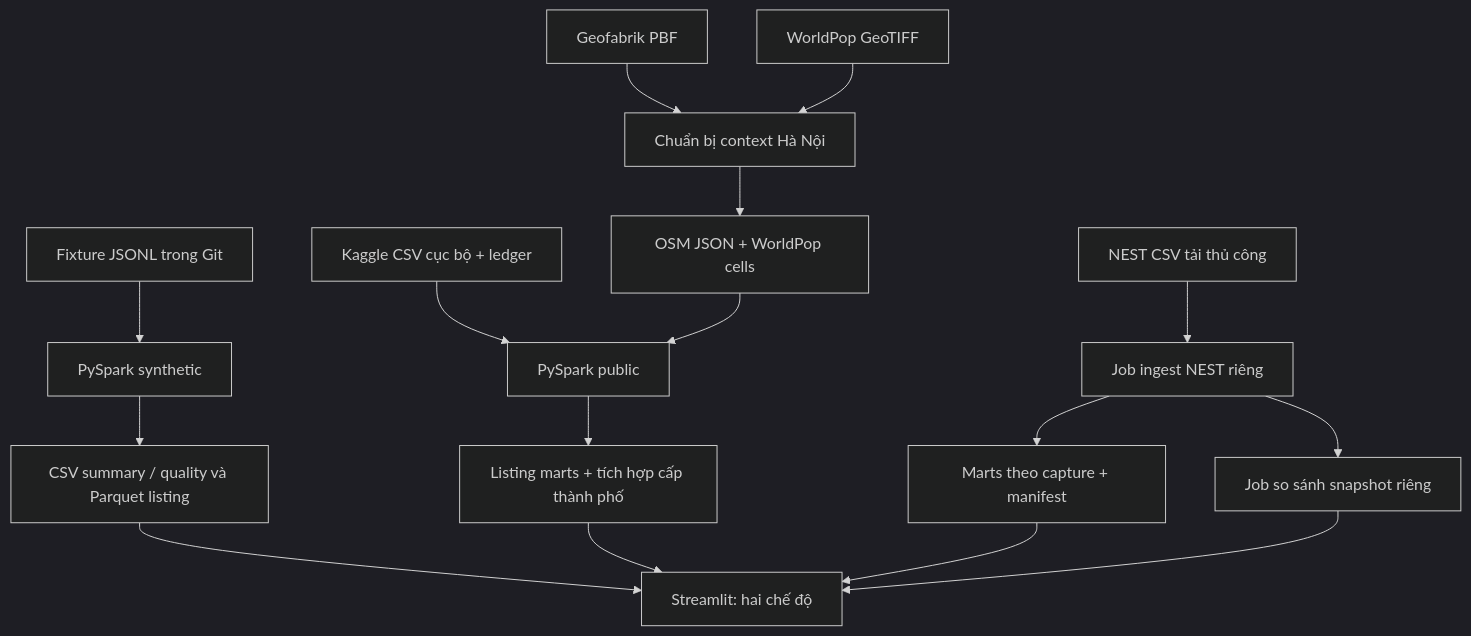
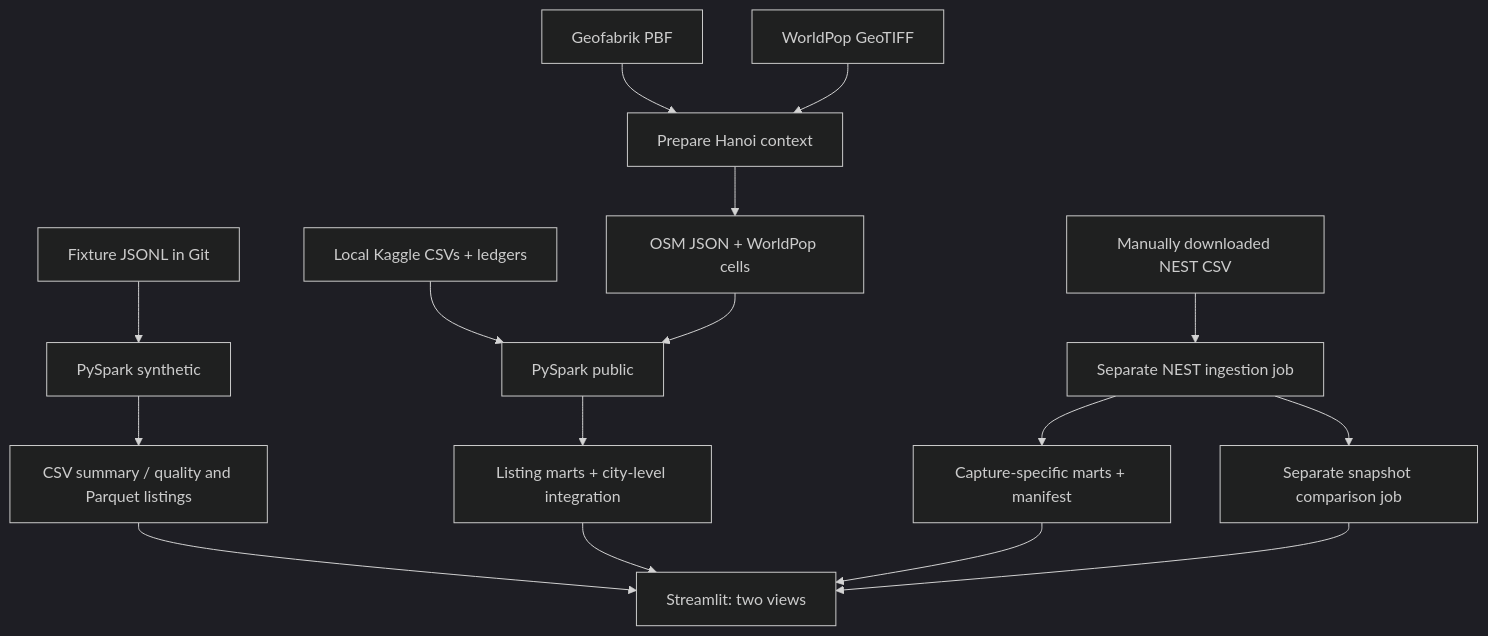
The diagram in README.md (anhnd210020/apartment-rental-hanoi), drawn with Mermaid (dark theme) before and after one commit. The commit also changed other lines of this file, not shown here.

````diff
--- a/README.md
+++ b/README.md
@@ -30,18 +30,18 @@
 ```mermaid
 flowchart TD
-    F[Fixture JSONL trong Git] --> S[PySpark synthetic]
-    S --> SM[CSV summary / quality và Parquet listing]
-    K[Kaggle CSV cục bộ + ledger] --> P[PySpark public]
-    O[Geofabrik PBF] --> G[Chuẩn bị context Hà Nội]
+    F[Fixture JSONL in Git] --> S[PySpark synthetic]
+    S --> SM[CSV summary / quality and Parquet listings]
+    K[Local Kaggle CSVs + ledgers] --> P[PySpark public]
+    O[Geofabrik PBF] --> G[Prepare Hanoi context]
     W[WorldPop GeoTIFF] --> G
     G --> J[OSM JSON + WorldPop cells]
     J --> P
-    P --> PM[Listing marts + tích hợp cấp thành phố]
-    N[NEST CSV tải thủ công] --> NI[Job ingest NEST riêng]
-    NI --> NM[Marts theo capture + manifest]
-    NI --> NC[Job so sánh snapshot riêng]
-    SM --> D[Streamlit: hai chế độ]
+    P --> PM[Listing marts + city-level integration]
+    N[Manually downloaded NEST CSV] --> NI[Separate NEST ingestion job]
+    NI --> NM[Capture-specific marts + manifest]
+    NI --> NC[Separate snapshot comparison job]
+    SM --> D[Streamlit: two views]
     PM --> D
     NM --> D
     NC --> D
 ```
````
